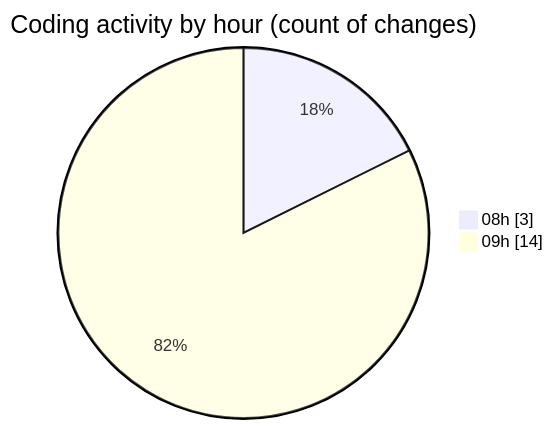
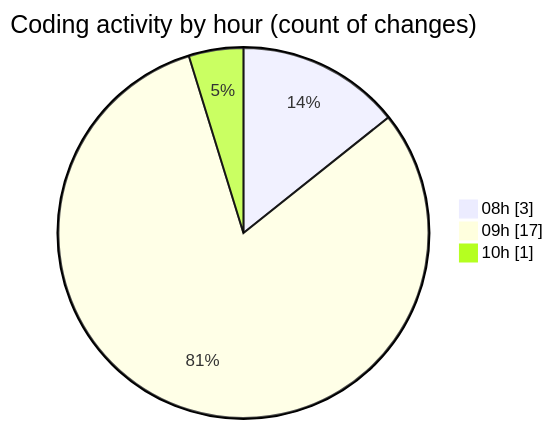
The second of 2 diagrams in 2025-10-22/eventscop-api-guide__workspace_/README.md (julien-gomy/code-tracking), drawn with Mermaid before and after one commit. The commit also changed other lines of this file and 1 other file, not shown here.

````diff
--- a/2025-10-22/eventscop-api-guide__workspace_/README.md
+++ b/2025-10-22/eventscop-api-guide__workspace_/README.md
@@ -33,6 +33,7 @@
 ```mermaid
 pie showData
 title Coding activity by hour (count of changes)
 "08h" : 3
-"09h" : 14
+"09h" : 17
+"10h" : 1
 ```
````
